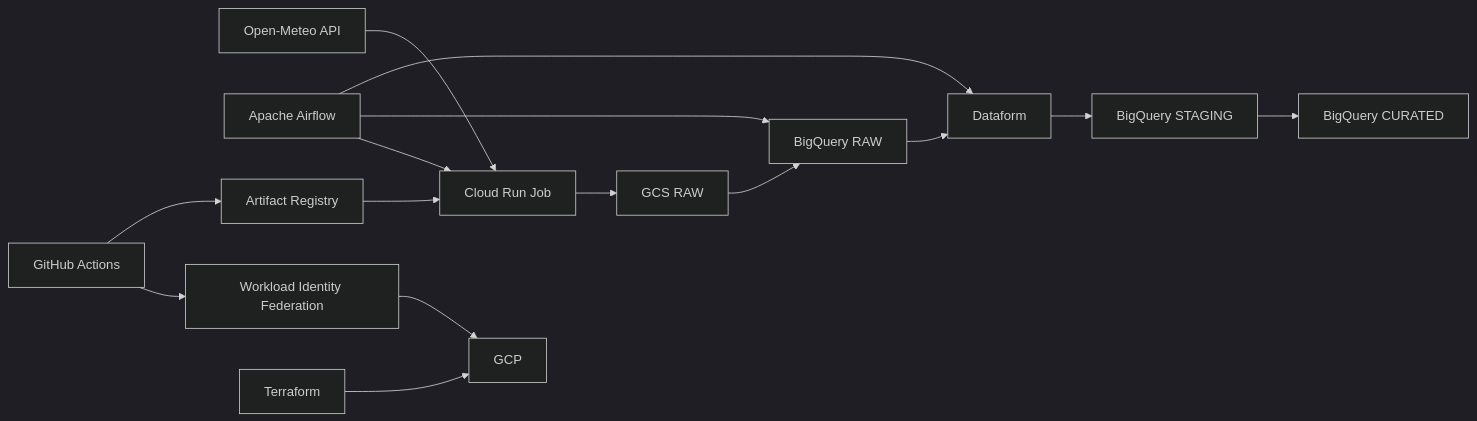
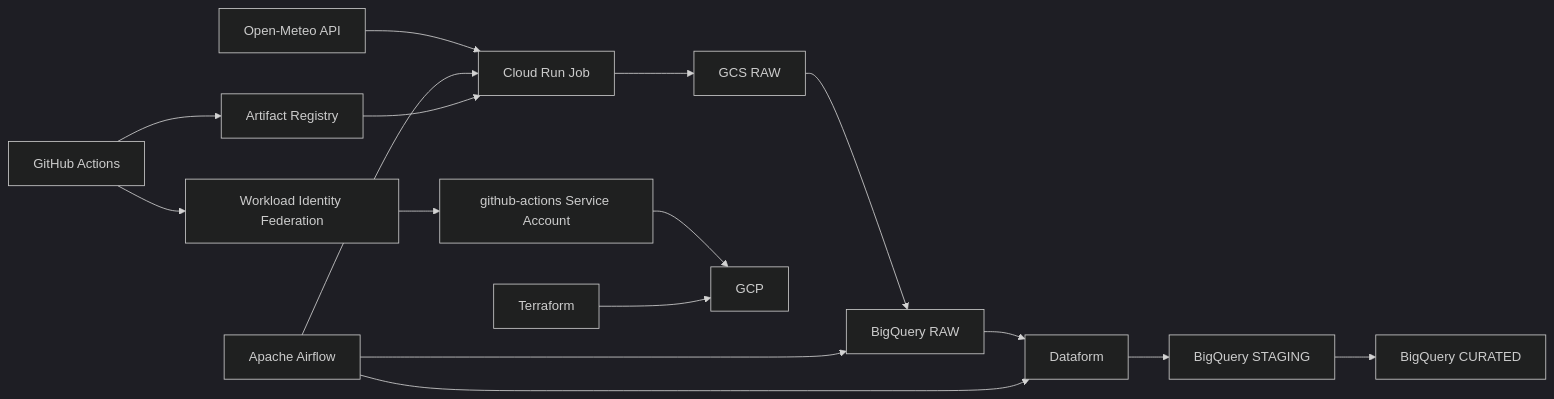
One commit to Maugun/gcp-weather-data-platform changed the diagram in README.md. Above: the diagram before and after it, drawn with Mermaid (dark theme). The commit also changed other lines of this file and 6 other files, not shown here.

````diff
--- a/README.md
+++ b/README.md
@@ -11,22 +11,23 @@
 ```mermaid
 flowchart LR
     API[Open-Meteo API] --> CR[Cloud Run Job]
     CR --> GCS[GCS RAW]
     GCS --> BQRAW[BigQuery RAW]
 
     BQRAW --> DF[Dataform]
     DF --> STG[BigQuery STAGING]
     STG --> CUR[BigQuery CURATED]
 
     AF[Apache Airflow] --> CR
     AF --> BQRAW
     AF --> DF
 
     GH[GitHub Actions] --> WIF[Workload Identity Federation]
-    WIF --> GCP[GCP]
+    WIF --> SA[github-actions Service Account]
+    SA --> GCP[GCP]
 
     GH --> AR[Artifact Registry]
     AR --> CR
 
     TF[Terraform] --> GCP
 ```
````
